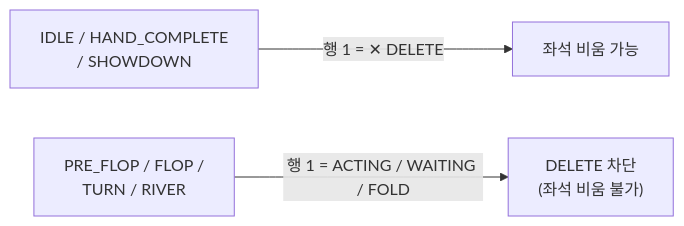
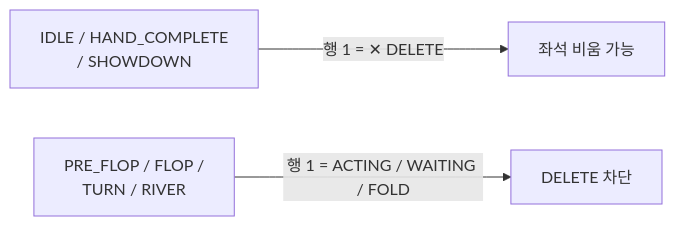
Before and after one commit to garimto81/ebs_github: the second of 8 diagrams in docs/1. Product/Command_Center_PRD.md, drawn with Mermaid. The commit also changed other lines of this file, not shown here.

````diff
--- a/docs/1. Product/Command_Center_PRD.md
+++ b/docs/1. Product/Command_Center_PRD.md
@@ -235,5 +248,5 @@
 ```mermaid
 flowchart LR
     A["IDLE / HAND_COMPLETE<br/>/ SHOWDOWN"] -->|"행 1 = ✕ DELETE"| B["좌석 비움 가능"]
-    C["PRE_FLOP / FLOP /<br/>TURN / RIVER"] -->|"행 1 = ACTING / WAITING / FOLD"| D["DELETE 차단<br/>(좌석 비움 불가)"]
+    C["PRE_FLOP / FLOP /<br/>TURN / RIVER"] -->|"행 1 = ACTING / WAITING / FOLD"| D["DELETE 차단"]
 ```
````
